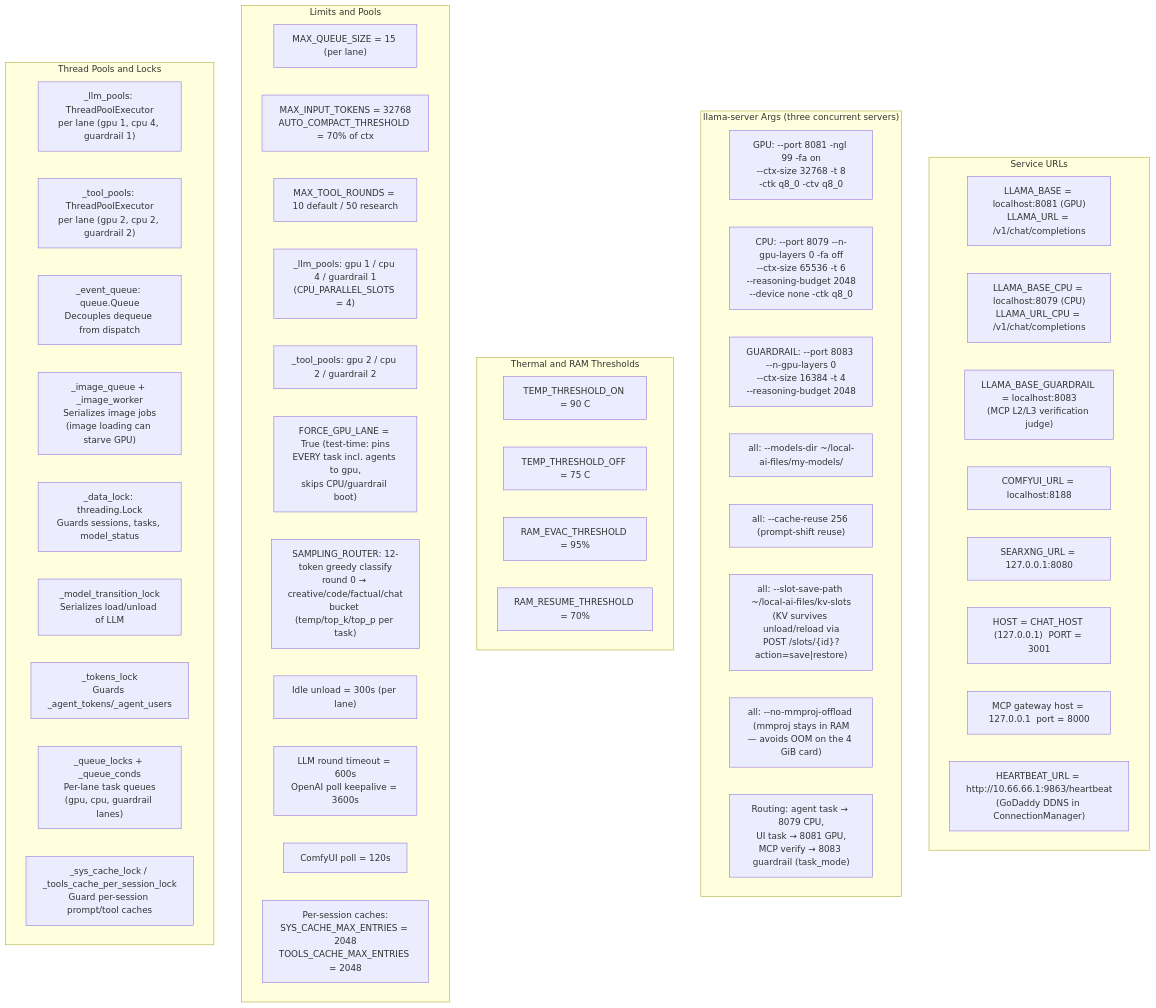
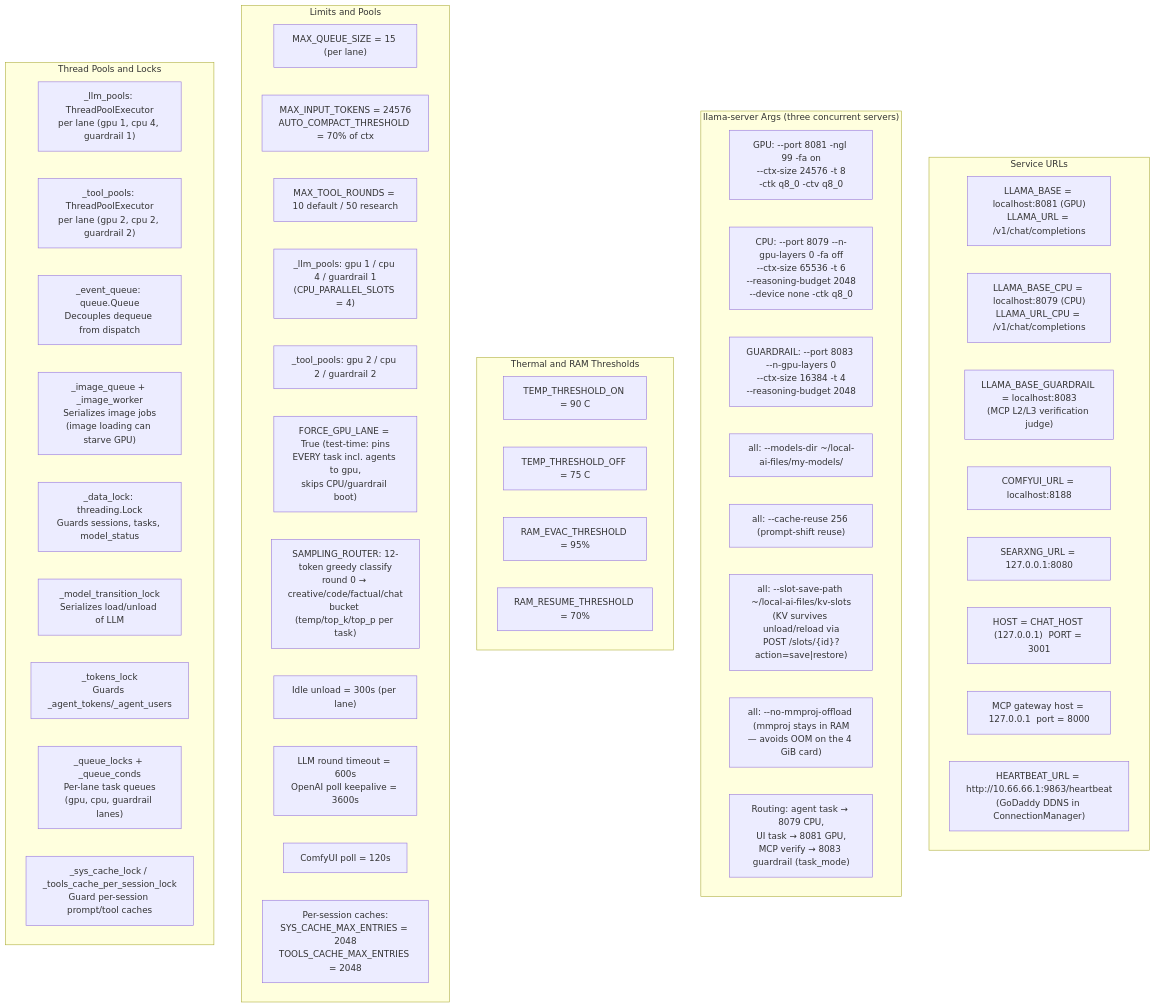
One commit to Palash90/local-ai changed the third of 12 diagrams in README.md. Above: the diagram before and after it, drawn with Mermaid. The commit also changed other lines of this file and 4 other files, not shown here.

````diff
--- a/README.md
+++ b/README.md
@@ -289,57 +289,57 @@
 ```mermaid
 graph TD
     subgraph RCNetwork ["Service URLs"]
         RC1["LLAMA_BASE = localhost:8081 (GPU)\nLLAMA_URL = /v1/chat/completions"]
         RC2["LLAMA_BASE_CPU = localhost:8079 (CPU)\nLLAMA_URL_CPU = /v1/chat/completions"]
         RC3["LLAMA_BASE_GUARDRAIL = localhost:8083\n(MCP L2/L3 verification judge)"]
         RC4["COMFYUI_URL = localhost:8188"]
         RC5["SEARXNG_URL = 127.0.0.1:8080"]
         RC6["HOST = CHAT_HOST (127.0.0.1)  PORT = 3001"]
         RC7["MCP gateway host = 127.0.0.1  port = 8000"]
         RC8["HEARTBEAT_URL = http://10.66.66.1:9863/heartbeat\n(GoDaddy DDNS in ConnectionManager)"]
     end
 
     subgraph RCLlama ["llama-server Args (three concurrent servers)"]
-        RCL1["GPU: --port 8081 -ngl 99 -fa on\n--ctx-size 32768 -t 8\n-ctk q8_0 -ctv q8_0"]
+        RCL1["GPU: --port 8081 -ngl 99 -fa on\n--ctx-size 24576 -t 8\n-ctk q8_0 -ctv q8_0"]
         RCL2["CPU: --port 8079 --n-gpu-layers 0 -fa off\n--ctx-size 65536 -t 6\n--reasoning-budget 2048\n--device none -ctk q8_0"]
         RCL3["GUARDRAIL: --port 8083 --n-gpu-layers 0\n--ctx-size 16384 -t 4\n--reasoning-budget 2048"]
         RCL4["all: --models-dir ~/local-ai-files/my-models/"]
         RCL5["all: --cache-reuse 256 (prompt-shift reuse)"]
         RCL6["all: --slot-save-path ~/local-ai-files/kv-slots\n(KV survives unload/reload via\nPOST /slots/{id}?action=save|restore)"]
         RCL7["all: --no-mmproj-offload (mmproj stays in RAM\n— avoids OOM on the 4 GiB card)"]
         RCL8["Routing: agent task → 8079 CPU,\nUI task → 8081 GPU,\nMCP verify → 8083 guardrail (task_mode)"]
     end
 
     subgraph RCThermal ["Thermal and RAM Thresholds"]
         RT1["TEMP_THRESHOLD_ON = 90 C"]
         RT2["TEMP_THRESHOLD_OFF = 75 C"]
         RT3["RAM_EVAC_THRESHOLD = 95%"]
         RT4["RAM_RESUME_THRESHOLD = 70%"]
     end
 
     subgraph RCLimits ["Limits and Pools"]
         RL1["MAX_QUEUE_SIZE = 15 (per lane)"]
-        RL2["MAX_INPUT_TOKENS = 32768\nAUTO_COMPACT_THRESHOLD = 70% of ctx"]
+        RL2["MAX_INPUT_TOKENS = 24576\nAUTO_COMPACT_THRESHOLD = 70% of ctx"]
         RL3["MAX_TOOL_ROUNDS = 10 default / 50 research"]
         RL4["_llm_pools: gpu 1 / cpu 4 / guardrail 1\n(CPU_PARALLEL_SLOTS = 4)"]
         RL5["_tool_pools: gpu 2 / cpu 2 / guardrail 2"]
         RL6["FORCE_GPU_LANE = True (test-time: pins\nEVERY task incl. agents to gpu,\nskips CPU/guardrail boot)"]
         RL7["SAMPLING_ROUTER: 12-token greedy classify\nround 0 → creative/code/factual/chat\nbucket (temp/top_k/top_p per task)"]
         RL8["Idle unload = 300s (per lane)"]
         RL9["LLM round timeout = 600s\nOpenAI poll keepalive = 3600s"]
         RL10["ComfyUI poll = 120s"]
         RL11["Per-session caches:\nSYS_CACHE_MAX_ENTRIES = 2048\nTOOLS_CACHE_MAX_ENTRIES = 2048"]
     end
 
     subgraph RCThreads ["Thread Pools and Locks"]
         LK1["_llm_pools: ThreadPoolExecutor\nper lane (gpu 1, cpu 4, guardrail 1)"]
         LK2["_tool_pools: ThreadPoolExecutor\nper lane (gpu 2, cpu 2, guardrail 2)"]
         LK3["_event_queue: queue.Queue\nDecouples dequeue from dispatch"]
         LK4["_image_queue + _image_worker\nSerializes image jobs\n(image loading can starve GPU)"]
         LK5["_data_lock: threading.Lock\nGuards sessions, tasks, model_status"]
         LK6["_model_transition_lock\nSerializes load/unload of LLM"]
         LK7["_tokens_lock\nGuards _agent_tokens/_agent_users"]
         LK8["_queue_locks + _queue_conds\nPer-lane task queues\n(gpu, cpu, guardrail lanes)"]
         LK9["_sys_cache_lock / _tools_cache_per_session_lock\nGuard per-session prompt/tool caches"]
     end
 ```
````
